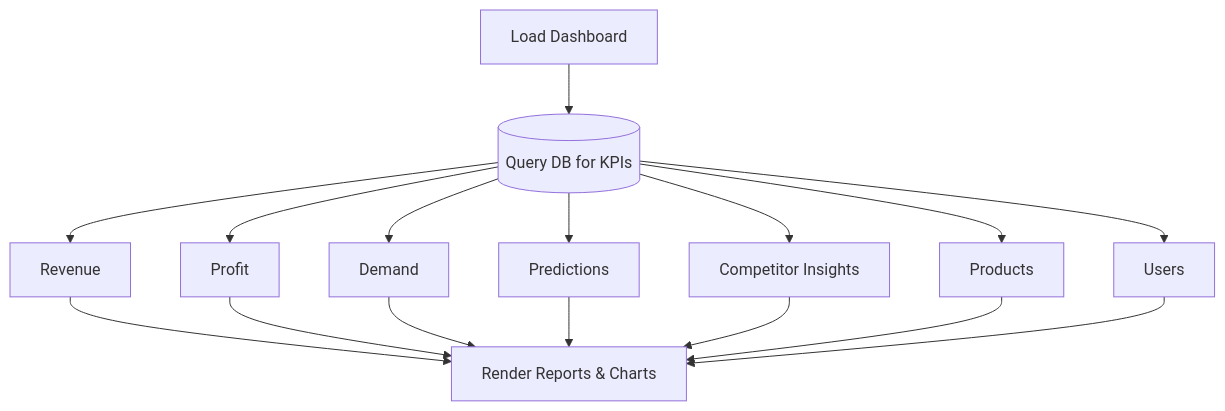
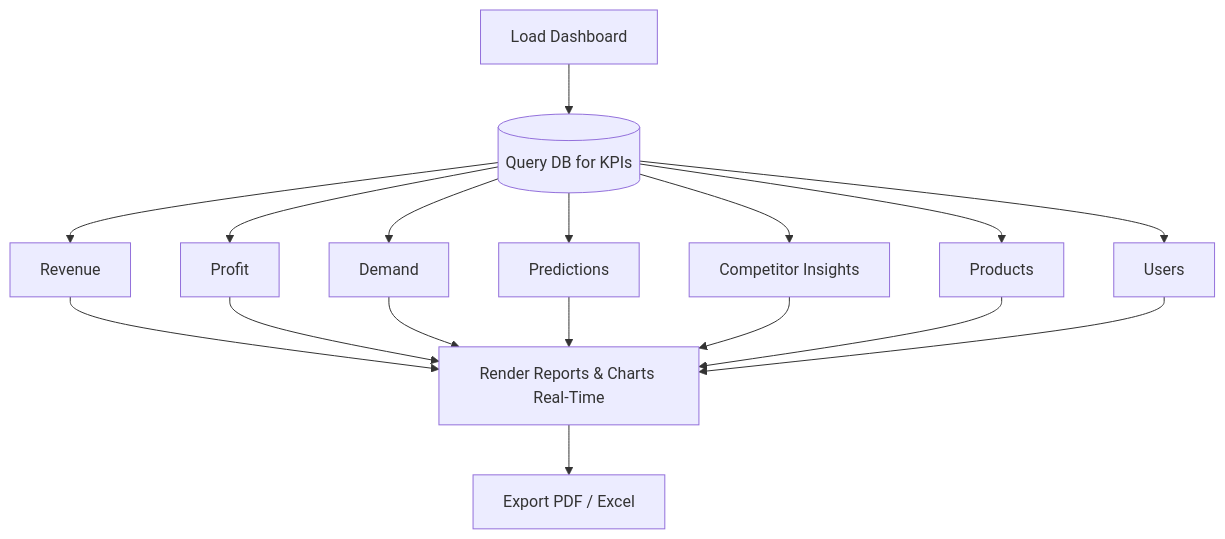
One commit to KMohammedsadiq/Dynamic-Pricing-Optimization-and-Revenue-Intelligence-Platform-K_Mohammad_Sadik changed the eighth of 10 diagrams in docs/04_Workflow_Planning.md. Above: the diagram before and after it, drawn with Mermaid. The commit also changed other lines of this file, not shown here.

````diff
--- a/docs/04_Workflow_Planning.md
+++ b/docs/04_Workflow_Planning.md
@@ -198,12 +210,13 @@
 ```mermaid
 flowchart TD
     A[Load Dashboard] --> B[(Query DB for KPIs)]
     B --> C1[Revenue]
     B --> C2[Profit]
     B --> C3[Demand]
     B --> C4[Predictions]
     B --> C5[Competitor Insights]
     B --> C6[Products]
     B --> C7[Users]
-    C1 & C2 & C3 & C4 & C5 & C6 & C7 --> D[Render Reports & Charts]
+    C1 & C2 & C3 & C4 & C5 & C6 & C7 --> D[Render Reports & Charts Real-Time]
+    D --> E[Export PDF / Excel]
 ```
````
